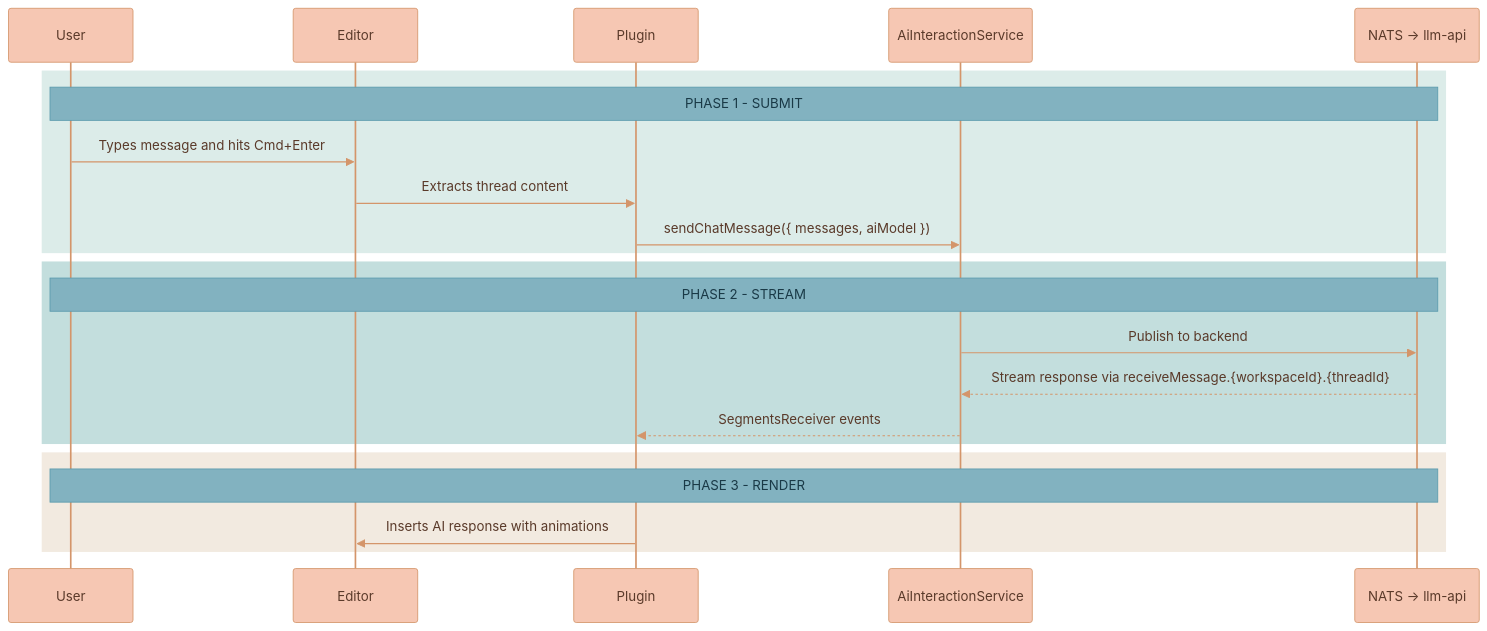
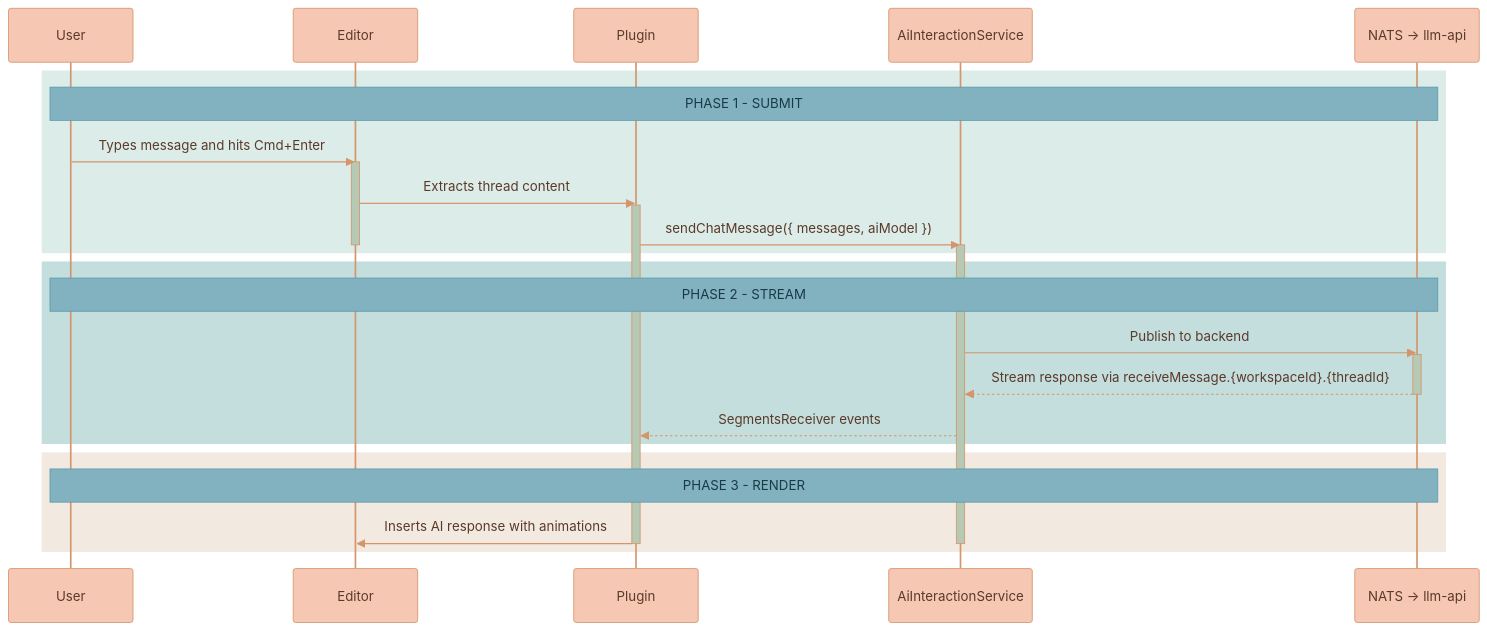
Before and after one commit to Lixpi/lixpi: the fifth of 5 diagrams in services/web-ui/src/components/proseMirror/plugins/aiChatThreadPlugin/README.md, drawn with Mermaid. The commit also changed other lines of this file and 5 other files, not shown here.

````diff
--- a/services/web-ui/src/components/proseMirror/plugins/aiChatThreadPlugin/README.md
+++ b/services/web-ui/src/components/proseMirror/plugins/aiChatThreadPlugin/README.md
@@ -331,36 +347,44 @@
 ```mermaid
-%%{init: {'theme': 'base', 'themeVariables': { 'noteBkgColor': '#82B2C0', 'noteTextColor': '#1a3a47', 'noteBorderColor': '#5a9aad', 'actorBkg': '#F6C7B3', 'actorBorder': '#d4956a', 'actorTextColor': '#5a3a2a', 'actorLineColor': '#d4956a', 'signalColor': '#d4956a', 'signalTextColor': '#5a3a2a', 'labelBoxBkgColor': '#F6C7B3', 'labelBoxBorderColor': '#d4956a', 'labelTextColor': '#5a3a2a', 'loopTextColor': '#5a3a2a', 'activationBorderColor': '#d4956a', 'activationBkgColor': '#C3DEDD', 'sequenceNumberColor': '#5a3a2a'}}}%%
+%%{init: {'theme': 'base', 'themeVariables': { 'noteBkgColor': '#82B2C0', 'noteTextColor': '#1a3a47', 'noteBorderColor': '#5a9aad', 'actorBkg': '#F6C7B3', 'actorBorder': '#d4956a', 'actorTextColor': '#5a3a2a', 'actorLineColor': '#d4956a', 'signalColor': '#d4956a', 'signalTextColor': '#5a3a2a', 'labelBoxBkgColor': '#F6C7B3', 'labelBoxBorderColor': '#d4956a', 'labelTextColor': '#5a3a2a', 'loopTextColor': '#5a3a2a', 'activationBorderColor': '#d4956a', 'activationBkgColor': '#B5C9B5', 'sequenceNumberColor': '#5a3a2a'}}}%%
 sequenceDiagram
   participant U as User
   participant E as Editor
   participant P as Plugin
   participant AIS as AiInteractionService
   participant NATS as NATS → llm-api
   %% ═══════════════════════════════════════════════════════════════
   %% PHASE 1: SUBMIT
   %% ═══════════════════════════════════════════════════════════════
   rect rgb(220, 236, 233)
     Note over U, NATS: PHASE 1 - SUBMIT
     U->>E: Types message and hits Cmd+Enter
+    activate E
     E->>P: Extracts thread content
+    activate P
     P->>AIS: sendChatMessage({ messages, aiModel })
+    activate AIS
+    deactivate E
   end
 
   %% ═══════════════════════════════════════════════════════════════
   %% PHASE 2: STREAM
   %% ═══════════════════════════════════════════════════════════════
   rect rgb(195, 222, 221)
     Note over U, NATS: PHASE 2 - STREAM
     AIS->>NATS: Publish to backend
+    activate NATS
     NATS-->>AIS: Stream response via receiveMessage.{workspaceId}.{threadId}
+    deactivate NATS
     AIS-->>P: SegmentsReceiver events
   end
 
   %% ═══════════════════════════════════════════════════════════════
   %% PHASE 3: RENDER
   %% ═══════════════════════════════════════════════════════════════
   rect rgb(242, 234, 224)
     Note over U, NATS: PHASE 3 - RENDER
     P->>E: Inserts AI response with animations
+    deactivate AIS
+    deactivate P
   end
 ```
````
